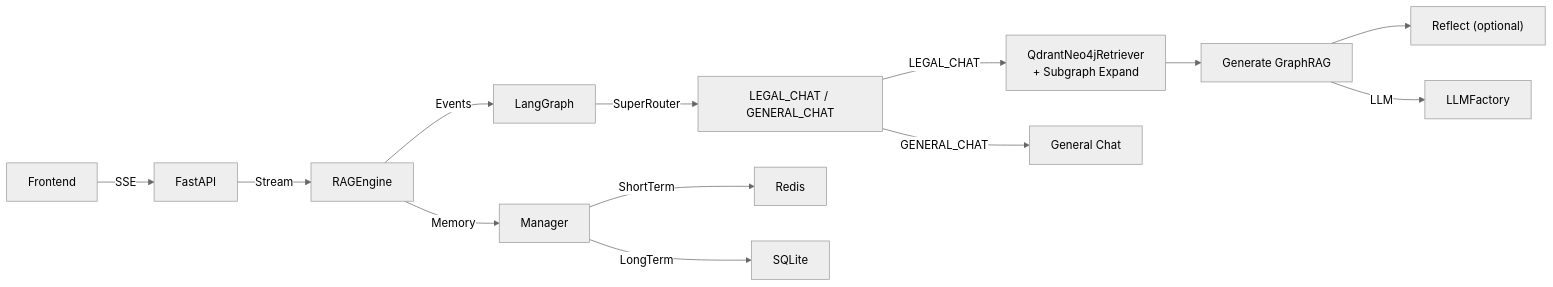
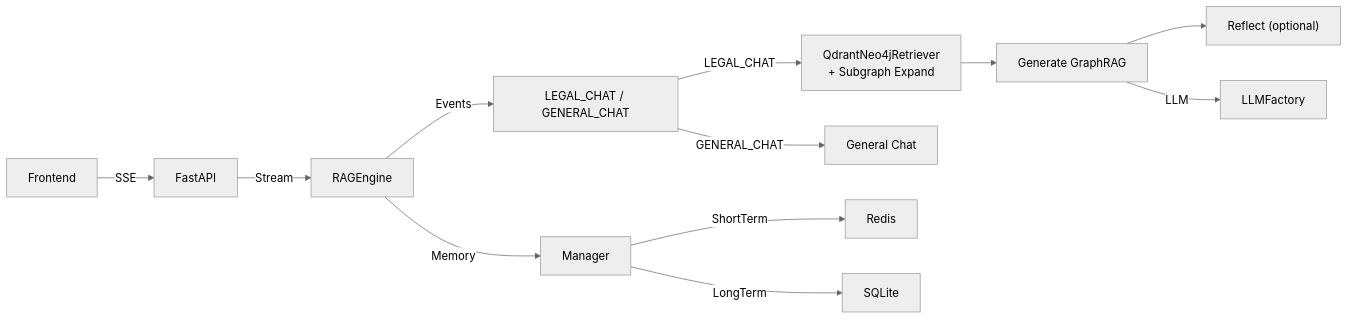
One commit to ngnam1104/Legal-RAG changed the first of 2 diagrams in README.md. Above: the diagram before and after it, drawn with Mermaid (neutral theme). The commit also changed other lines of this file, not shown here.

Commit message:
docs: Cập nhật README.md với context mới nhất và loại bỏ LangGraph

````diff
--- a/README.md
+++ b/README.md
@@ -28,15 +28,14 @@
 ```mermaid
 graph LR
     FE[Frontend] -->|SSE| API[FastAPI]
     API -->|Stream| CE[RAGEngine]
-    CE -->|Events| LG[LangGraph]
-    LG -->|SuperRouter| R["LEGAL_CHAT / GENERAL_CHAT"]
+    CE -->|Events| R["LEGAL_CHAT / GENERAL_CHAT"]
     R -->|LEGAL_CHAT| QNR["QdrantNeo4jRetriever\n+ Subgraph Expand"]
     R -->|GENERAL_CHAT| GC[General Chat]
     QNR --> GEN[Generate GraphRAG]
     GEN --> REFL["Reflect (optional)"]
     CE -->|Memory| MEM[Manager]
     MEM -->|ShortTerm| REDIS[Redis]
     MEM -->|LongTerm| SQL[SQLite]
     GEN -->|LLM| LLM[LLMFactory]
 ```
````
